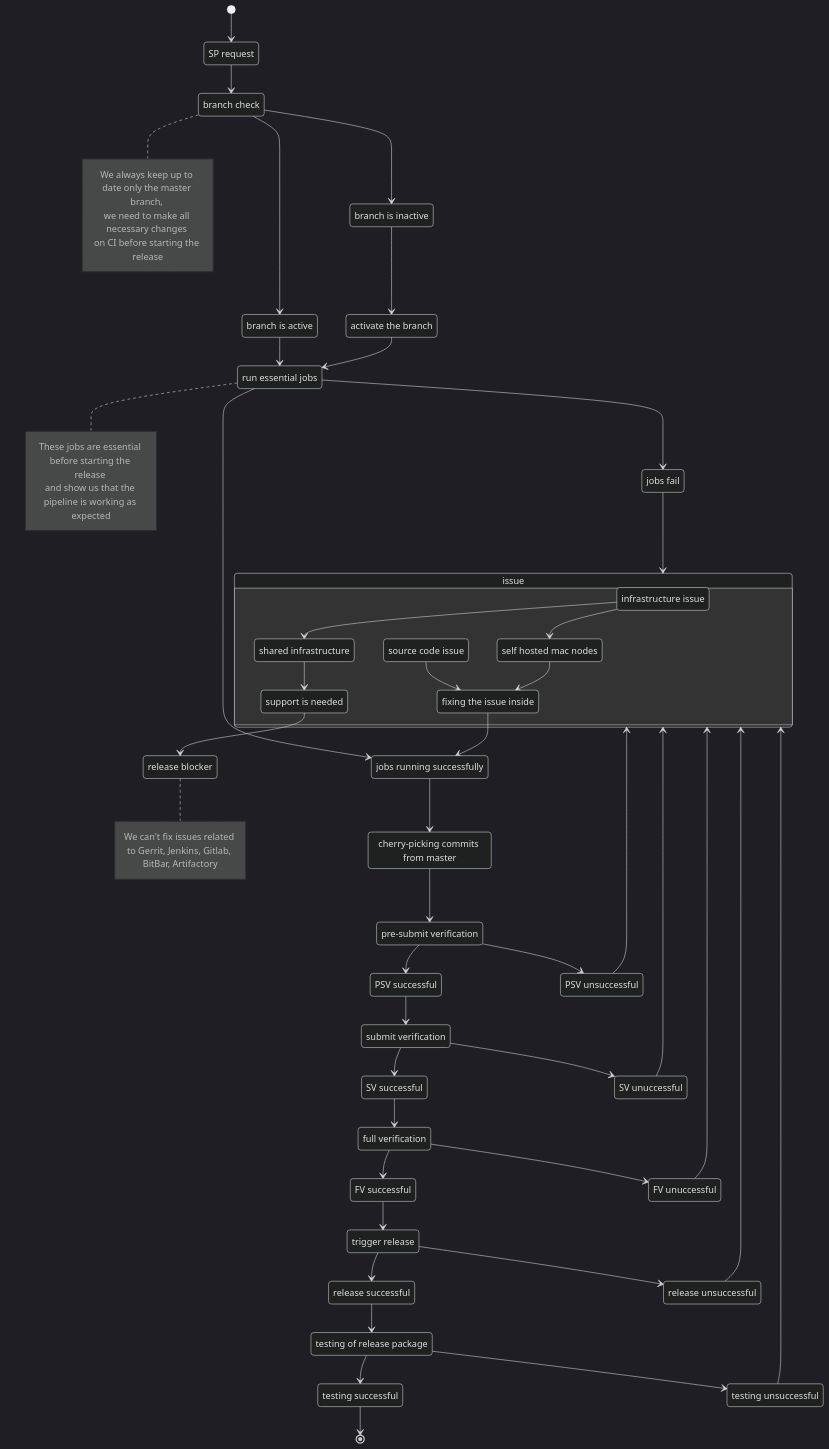
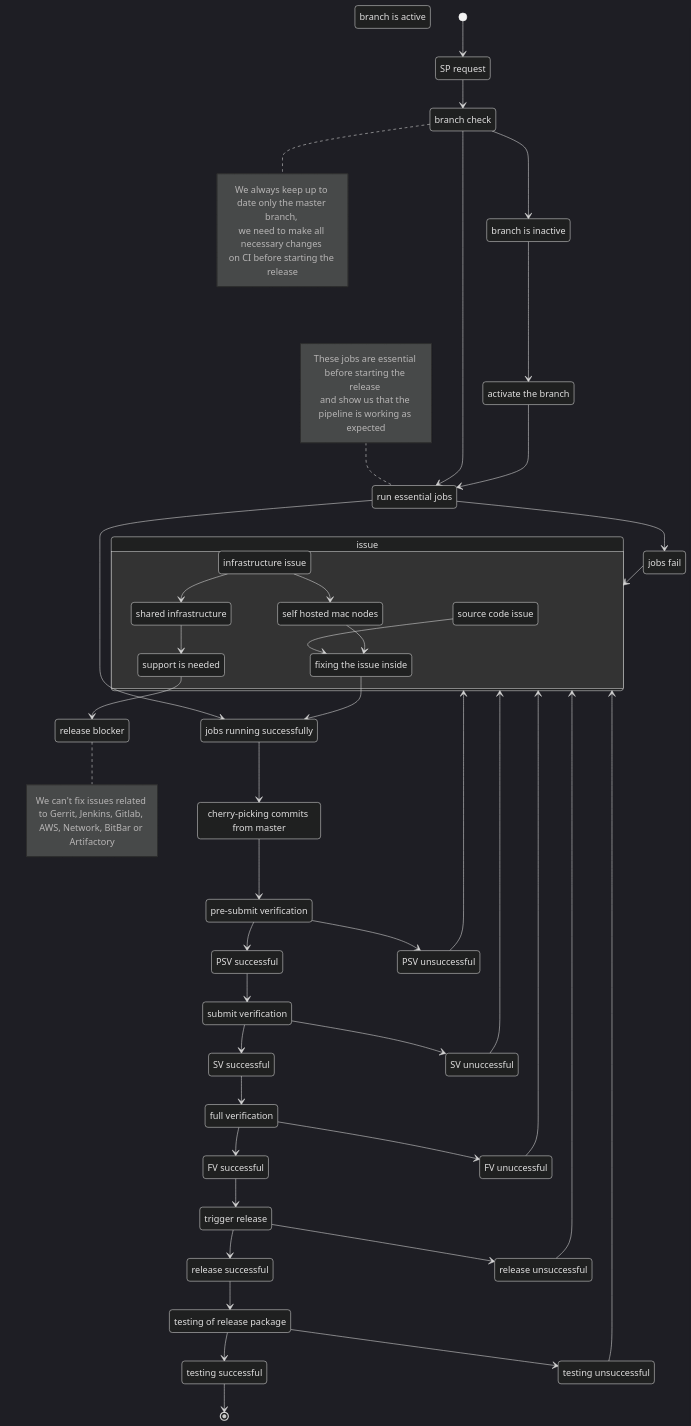
One commit to Stradivarius23/markdown changed the diagram in README.md. Above: the diagram before and after it, drawn with Mermaid (dark theme).

````diff
--- a/README.md
+++ b/README.md
@@ -4,9 +4,9 @@
 ```mermaid
 stateDiagram-v2
   state issue {
+    SI --> Fixing
     II -->  Mac
     II --> CCI
-    SI --> Fixing
     Mac --> Fixing
     CCI --> Support
     }
@@ -49,22 +49,21 @@
      on CI before starting the release
   end note
 
-  note right of REJ
+  note left of REJ
      These jobs are essential before starting the release 
      and show us that the pipeline is working as expected
   end note
   
   note right of Blocker
-      We can't fix issues related to Gerrit, Jenkins, Gitlab, BitBar, Artifactory
+      We can't fix issues related to Gerrit, Jenkins, Gitlab, AWS, Network, BitBar or Artifactory
   end note
   
 
 
 [*] --> SP
 SP --> BC
-BC --> BA
 BC --> BI
-BA --> REJ
+BC --> REJ
 BI --> ABJ
 ABJ --> REJ
 REJ --> JS
````
